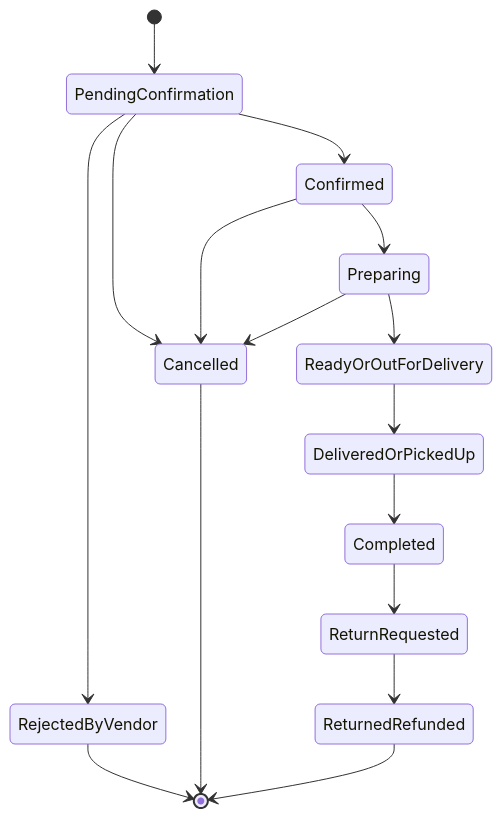
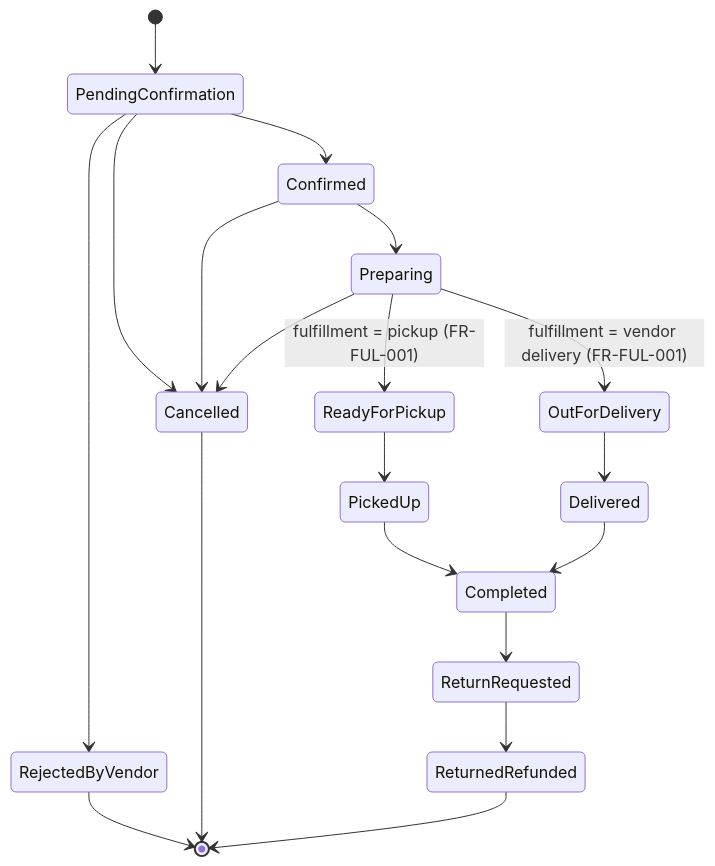
One commit to FINALTALA/FINALPRO changed the third of 7 diagrams in docs/srs/02-functional-requirements.md. Above: the diagram before and after it, drawn with Mermaid. The commit also changed other lines of this file, not shown here.

````diff
--- a/docs/srs/02-functional-requirements.md
+++ b/docs/srs/02-functional-requirements.md
@@ -288,18 +290,21 @@
 ```mermaid
 stateDiagram-v2
     [*] --> PendingConfirmation
     PendingConfirmation --> Confirmed
     PendingConfirmation --> RejectedByVendor
     PendingConfirmation --> Cancelled
     Confirmed --> Preparing
     Confirmed --> Cancelled
-    Preparing --> ReadyOrOutForDelivery
+    Preparing --> ReadyForPickup: fulfillment = pickup (FR-FUL-001)
+    Preparing --> OutForDelivery: fulfillment = vendor delivery (FR-FUL-001)
     Preparing --> Cancelled
-    ReadyOrOutForDelivery --> DeliveredOrPickedUp
-    DeliveredOrPickedUp --> Completed
+    ReadyForPickup --> PickedUp
+    OutForDelivery --> Delivered
+    PickedUp --> Completed
+    Delivered --> Completed
     Completed --> ReturnRequested
     ReturnRequested --> ReturnedRefunded
     RejectedByVendor --> [*]
     Cancelled --> [*]
     ReturnedRefunded --> [*]
 ```
````
